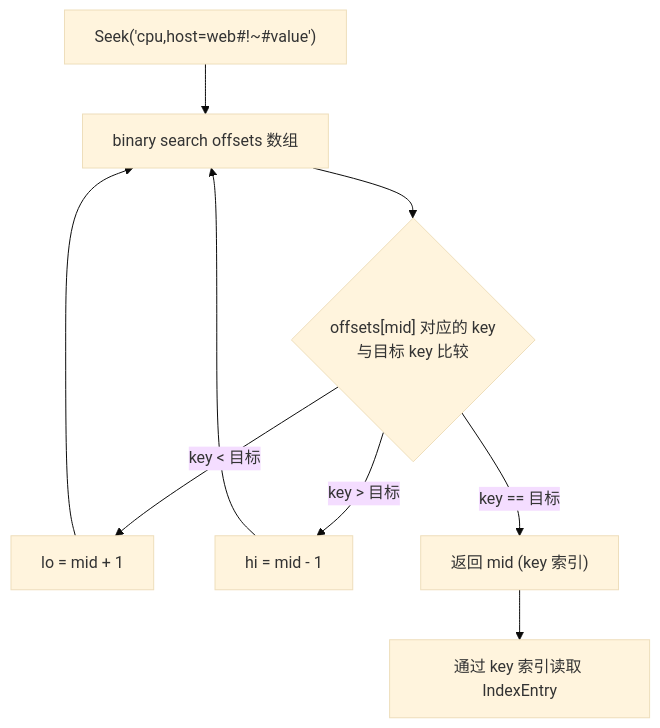
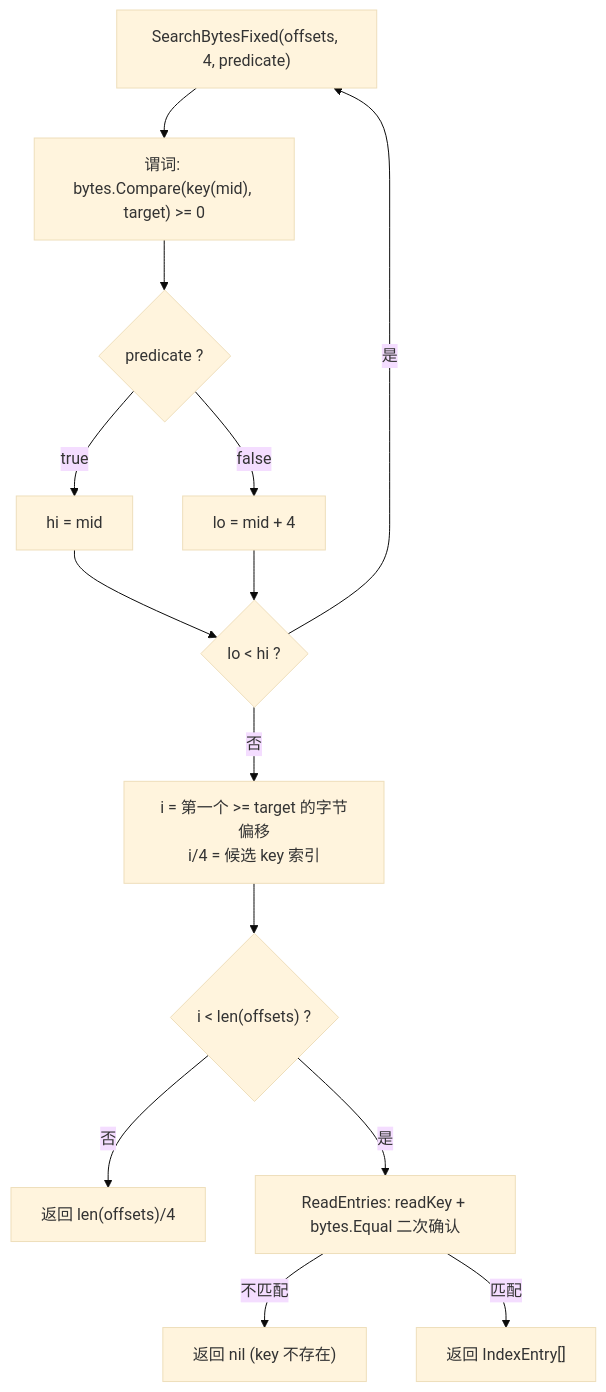
Before and after one commit to stefanv5/influxdb: the fifth of 15 diagrams in docs/specs/17_tsm_file_format_spec.md, drawn with Mermaid (base theme). The commit also changed other lines of this file and 16 other files, not shown here.

First line of the commit message:
docs: correct and deepen the 17 architecture specs

````diff
--- a/docs/specs/17_tsm_file_format_spec.md
+++ b/docs/specs/17_tsm_file_format_spec.md
@@ -559,14 +689,16 @@
 ```mermaid
 flowchart TD
-    A["Seek('cpu,host=web#!~#value')"] --> B["binary search offsets 数组"]
-
-    B --> C{"offsets[mid] 对应的 key<br/>与目标 key 比较"}
-    C -->|"key < 目标"| D["lo = mid + 1"]
-    C -->|"key > 目标"| E["hi = mid - 1"]
-    C -->|"key == 目标"| F["返回 mid (key 索引)"]
-
-    D --> B
-    E --> B
-
-    F --> G["通过 key 索引读取 IndexEntry"]
+    A["SearchBytesFixed(offsets, 4, predicate)"] --> B["谓词: bytes.Compare(key(mid), target) >= 0"]
+    B --> C{"predicate ?"}
+    C -->|true| D["hi = mid"]
+    C -->|false| E["lo = mid + 4"]
+    D --> F{"lo < hi ?"}
+    E --> F
+    F -->|是| A
+    F -->|否| G["i = 第一个 >= target 的字节偏移<br/>i/4 = 候选 key 索引"]
+    G --> H{"i < len(offsets) ?"}
+    H -->|否| I["返回 len(offsets)/4"]
+    H -->|是| J["ReadEntries: readKey + bytes.Equal 二次确认"]
+    J -->|不匹配| K["返回 nil (key 不存在)"]
+    J -->|匹配| L["返回 IndexEntry[]"]
 ```
````
